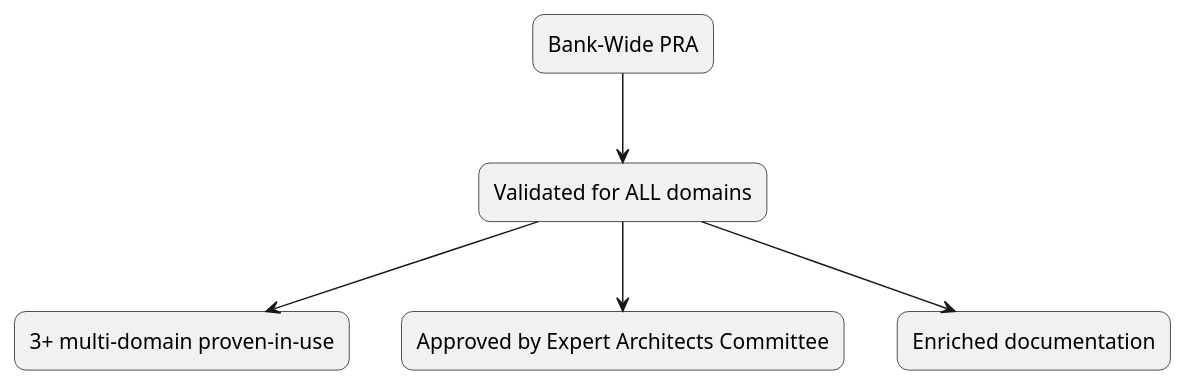
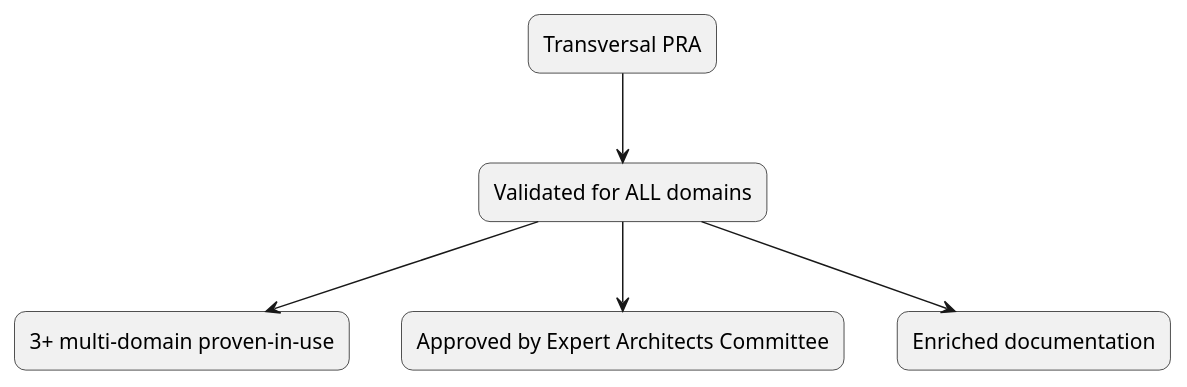
Before and after one commit to KiyaliHQ/proven-reusable-architecture: the first of 6 diagrams in content/guides/en/understanding-pra.adoc, drawn with PlantUML. The commit also changed other lines of this file and 98 other files, not shown here.

```diff
--- a/content/guides/en/understanding-pra.adoc
+++ b/content/guides/en/understanding-pra.adoc
@@ -92,16 +92,16 @@
 [plantuml]
 ----
 @startuml
 top to bottom direction
 skinparam rectangleRoundCorner 15
-rectangle "Bank-Wide PRA" as A
+rectangle "Transversal PRA" as A
 rectangle "Validated for ALL domains" as B
 rectangle "3+ multi-domain proven-in-use" as C
 rectangle "Approved by Expert Architects Committee" as D
 rectangle "Enriched documentation" as E
 A --> B
 B --> C
 B --> D
 B --> E
 @enduml
 ----
```
